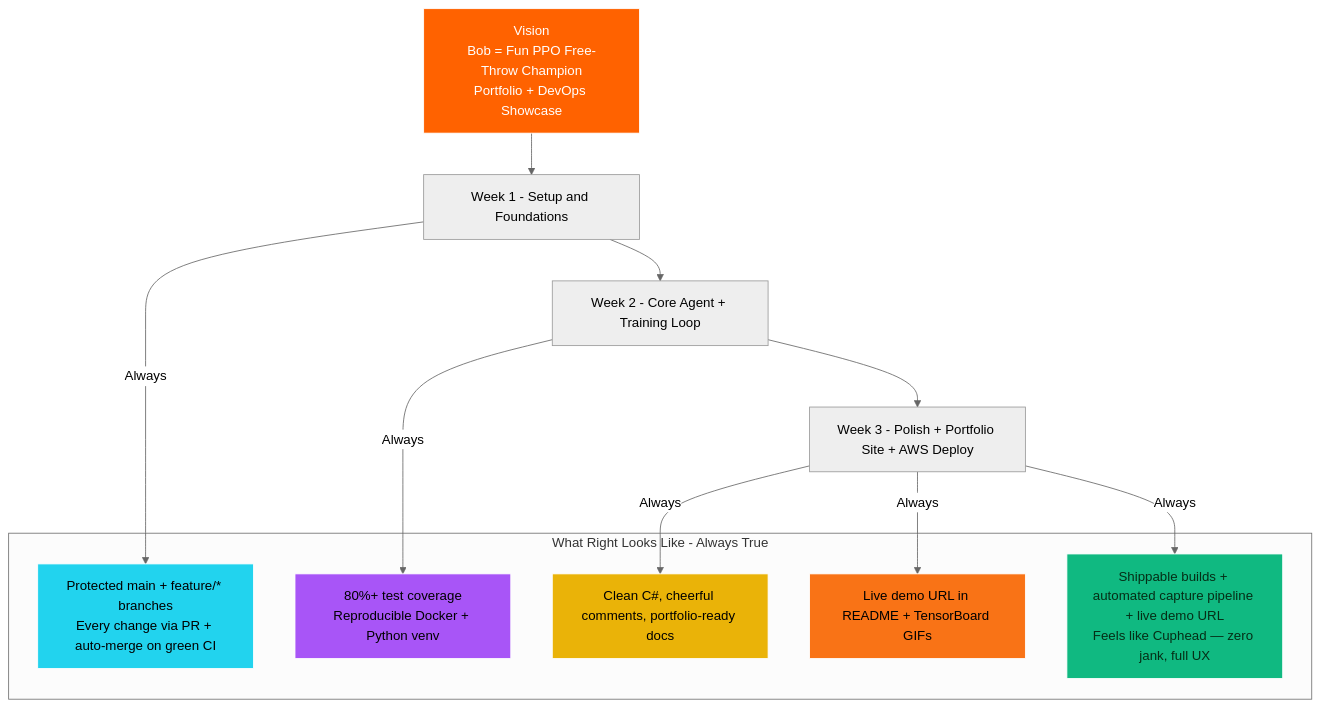
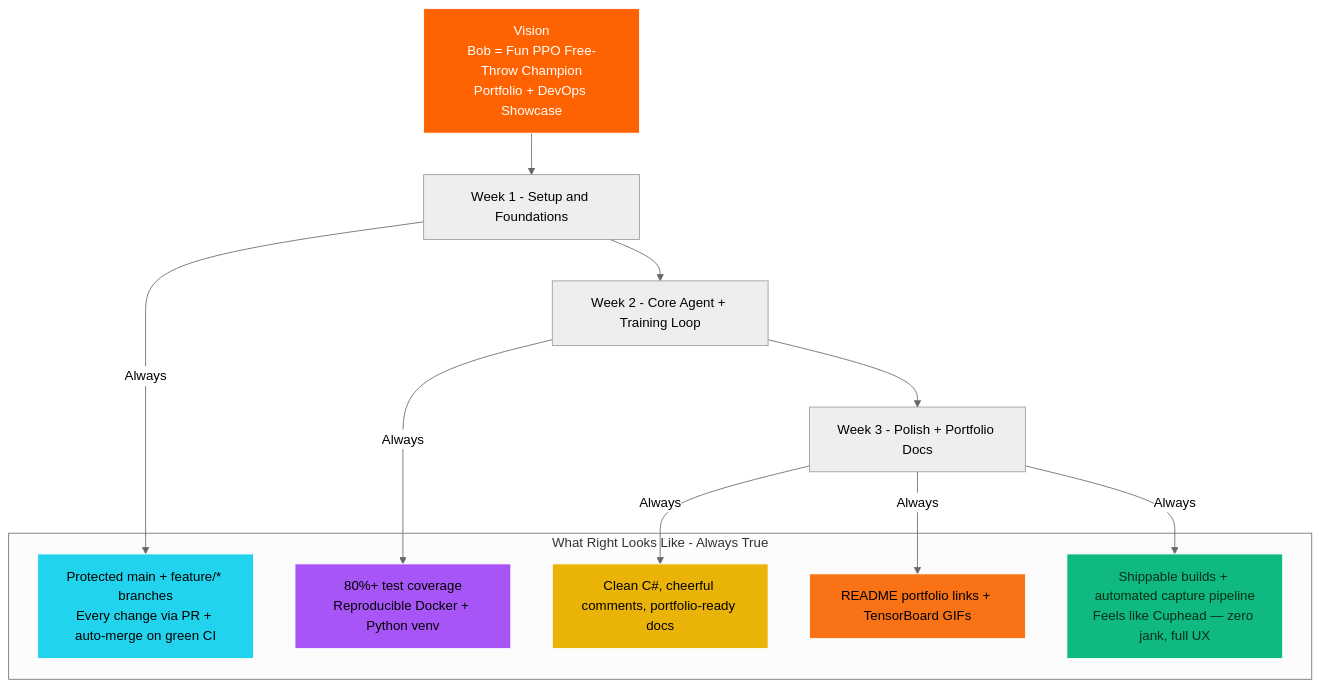
One commit to Bigessfour/Bob changed the first of 2 diagrams in docs/what-right-looks-like.md. Above: the diagram before and after it, drawn with Mermaid (neutral theme). The commit also changed other lines of this file and 8 other files, not shown here.

````diff
--- a/docs/what-right-looks-like.md
+++ b/docs/what-right-looks-like.md
@@ -24,28 +24,28 @@
 ```mermaid
 flowchart TD
     A["Vision<br/>Bob = Fun PPO Free-Throw Champion<br/>Portfolio + DevOps Showcase"]
     --> B["Week 1 - Setup and Foundations"]
     B --> C["Week 2 - Core Agent + Training Loop"]
-    C --> D["Week 3 - Polish + Portfolio Site + AWS Deploy"]
+    C --> D["Week 3 - Polish + Portfolio Docs"]
 
     subgraph WRLL["What Right Looks Like - Always True"]
         E["Protected main + feature/* branches<br/>Every change via PR + auto-merge on green CI"]
         F["80%+ test coverage<br/>Reproducible Docker + Python venv"]
         G["Clean C#, cheerful comments, portfolio-ready docs"]
-        H["Live demo URL in README + TensorBoard GIFs"]
-        I["Shippable builds + automated capture pipeline + live demo URL<br/>Feels like Cuphead — zero jank, full UX"]
+        H["README portfolio links + TensorBoard GIFs"]
+        I["Shippable builds + automated capture pipeline<br/>Feels like Cuphead — zero jank, full UX"]
     end
 
     B -->|Always| E
     C -->|Always| F
     D -->|Always| G
     D -->|Always| H
     D -->|Always| I
 
     style A fill:#FF6200,stroke:#fff,color:#fff
     style E fill:#22d3ee,stroke:#fff
     style F fill:#a855f7,stroke:#fff
     style G fill:#eab308,stroke:#fff
     style H fill:#f97316,stroke:#fff
     style I fill:#10b981,stroke:#fff,color:#052e16
 ```
````
